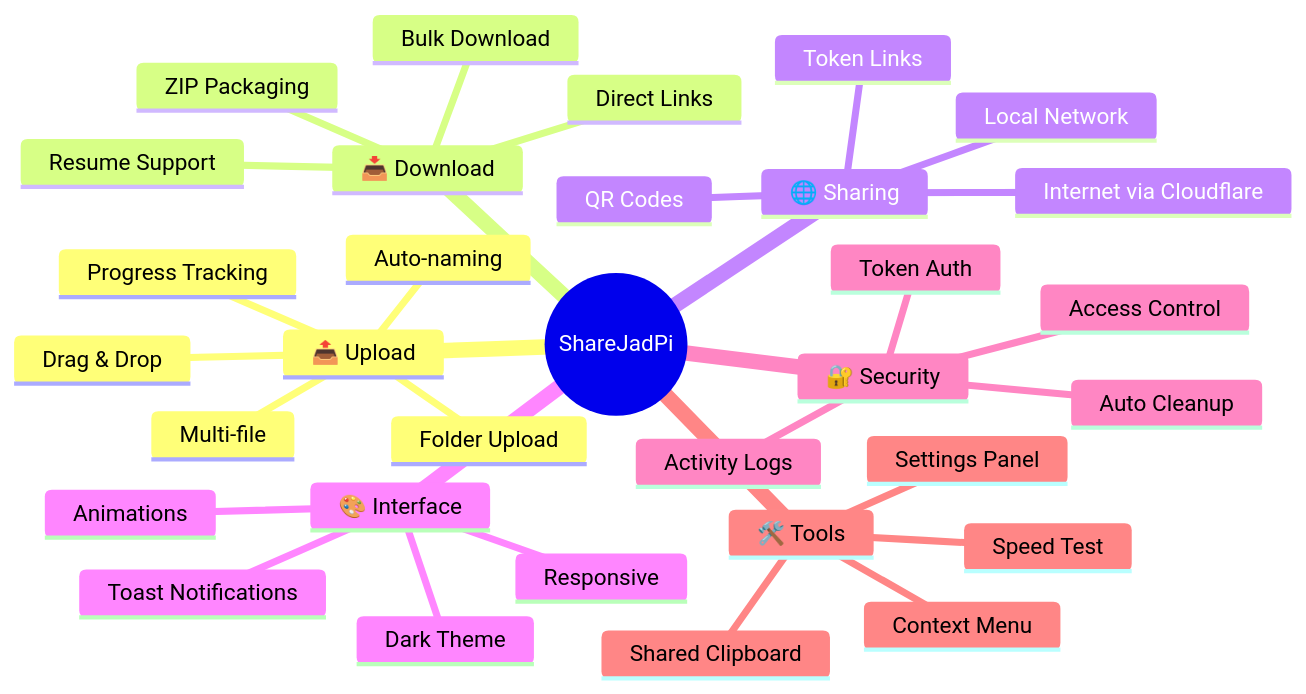
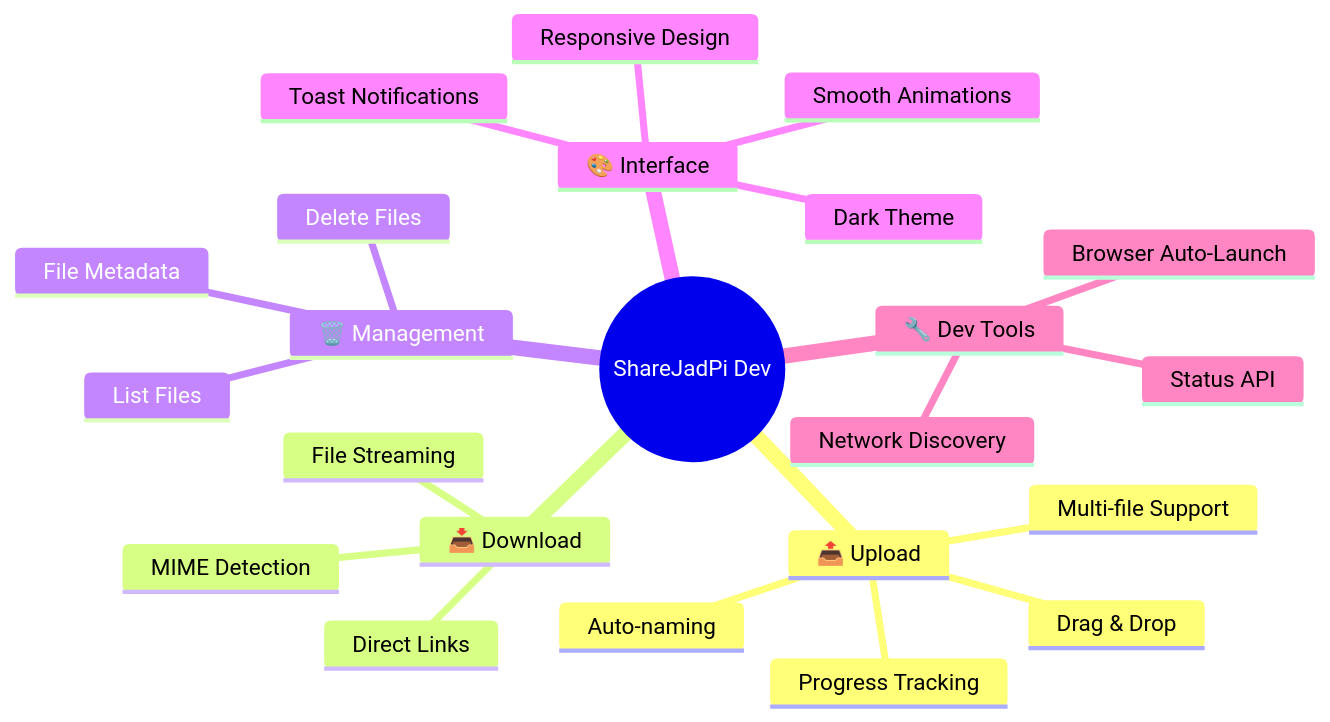
Before and after one commit to hetcharusat/sharejadpi: the first of 3 diagrams in SGP_phase1/docs/features.md, drawn with Mermaid. The commit also changed other lines of this file and 3 other files, not shown here.

````diff
--- a/SGP_phase1/docs/features.md
+++ b/SGP_phase1/docs/features.md
@@ -10,35 +10,26 @@
 ```mermaid
 mindmap
-  root((ShareJadPi))
+  root((ShareJadPi Dev))
     📤 Upload
       Drag & Drop
-      Multi-file
-      Folder Upload
+      Multi-file Support
       Progress Tracking
       Auto-naming
     📥 Download
       Direct Links
-      Bulk Download
-      ZIP Packaging
-      Resume Support
-    🌐 Sharing
-      Local Network
-      Internet via Cloudflare
-      QR Codes
-      Token Links
+      File Streaming
+      MIME Detection
+    🗑️ Management
+      Delete Files
+      List Files
+      File Metadata
     🎨 Interface
       Dark Theme
-      Animations
-      Responsive
+      Smooth Animations
+      Responsive Design
       Toast Notifications
-    🔐 Security
-      Token Auth
-      Access Control
-      Auto Cleanup
-      Activity Logs
-    🛠️ Tools
-      Speed Test
-      Shared Clipboard
-      Settings Panel
-      Context Menu
+    🔧 Dev Tools
+      Status API
+      Network Discovery
+      Browser Auto-Launch
 ```
````
